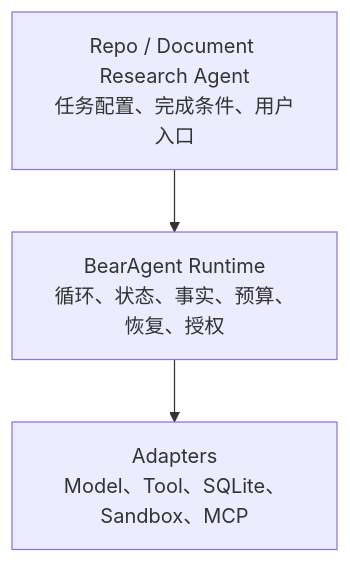
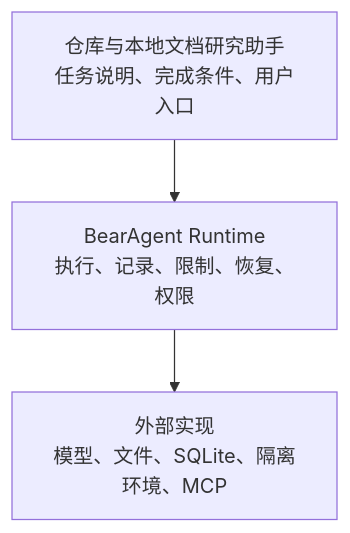
Before and after one commit to CherryYang05/BearAgent: the first of 4 diagrams in docs/architecture/overview.md, drawn with Mermaid. The commit also changed other lines of this file and 17 other files, not shown here.

Commit message:
Refine BearAgent positioning and roadmap

````diff
--- a/docs/architecture/overview.md
+++ b/docs/architecture/overview.md
@@ -27,5 +27,5 @@
 ```mermaid
 flowchart TB
-    A["Repo / Document Research Agent<br/>任务配置、完成条件、用户入口"] --> R["BearAgent Runtime<br/>循环、状态、事实、预算、恢复、授权"]
-    R --> D["Adapters<br/>Model、Tool、SQLite、Sandbox、MCP"]
+    A["仓库与本地文档研究助手<br/>任务说明、完成条件、用户入口"] --> R["BearAgent Runtime<br/>执行、记录、限制、恢复、权限"]
+    R --> D["外部实现<br/>模型、文件、SQLite、隔离环境、MCP"]
 ```
````
